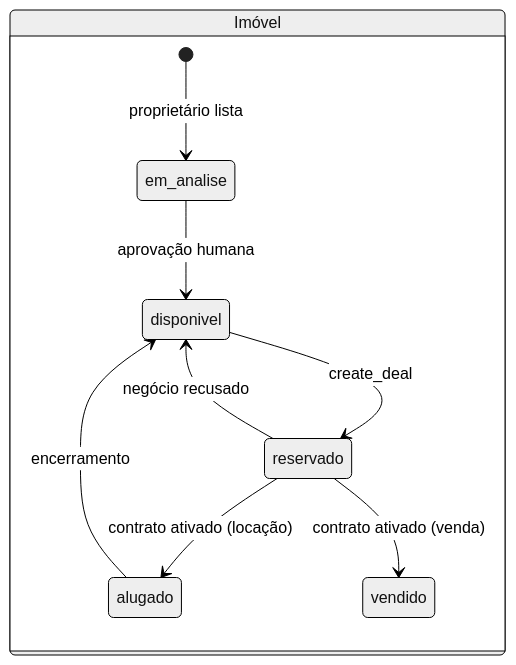
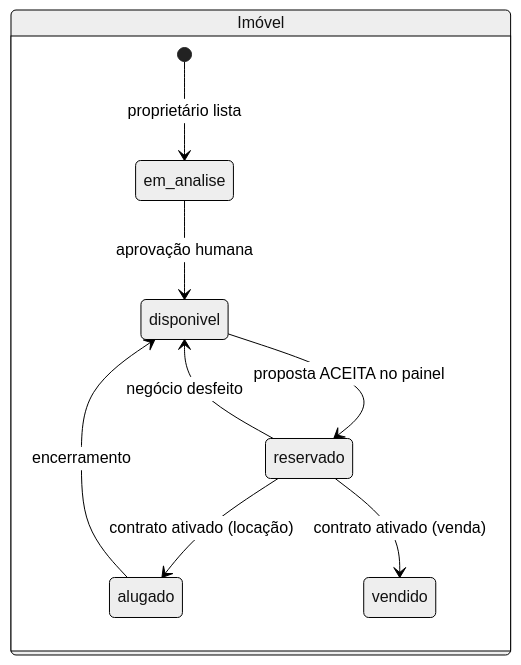
One commit to leoangelos/lovehome changed the fifth of 10 diagrams in README.md. Above: the diagram before and after it, drawn with Mermaid (neutral theme). The commit also changed other lines of this file and 17 other files, not shown here.

````diff
--- a/README.md
+++ b/README.md
@@ -238,13 +238,13 @@
 ```mermaid
 stateDiagram-v2
   direction LR
   state "Imóvel" as I {
     [*] --> em_analise: proprietário lista
     em_analise --> disponivel: aprovação humana
-    disponivel --> reservado: create_deal
-    reservado --> disponivel: negócio recusado
+    disponivel --> reservado: proposta ACEITA no painel
+    reservado --> disponivel: negócio desfeito
     reservado --> alugado: contrato ativado (locação)
     reservado --> vendido: contrato ativado (venda)
     alugado --> disponivel: encerramento
   }
 ```
````
